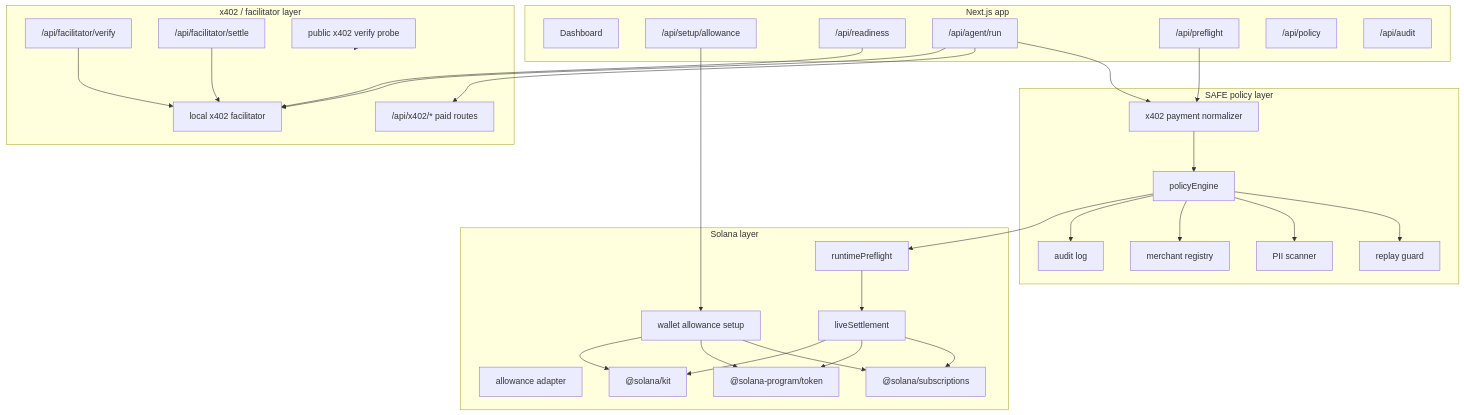
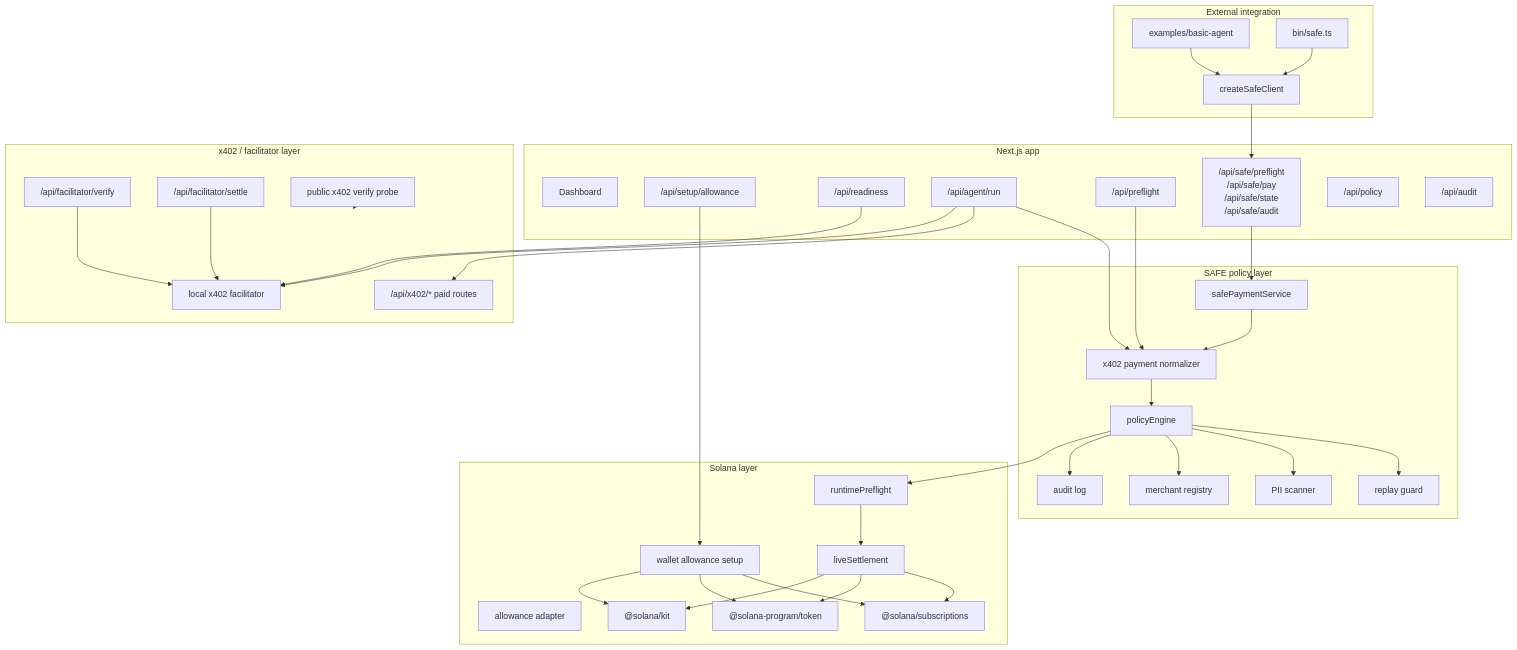
The second of 10 diagrams in architecture.md (Marcussy34/SAFE), drawn with Mermaid before and after one commit. The commit also changed other lines of this file and 20 other files, not shown here.

Commit message:
Add SAFE external agent API and CLI

````diff
--- a/architecture.md
+++ b/architecture.md
@@ -55,62 +56,75 @@
 ```mermaid
 flowchart TB
   subgraph UI[Next.js app]
     Dashboard[Dashboard]
     Setup["/api/setup/allowance"]
     Readiness["/api/readiness"]
     AgentRun["/api/agent/run"]
     Preflight["/api/preflight"]
+    SafeAPI["/api/safe/preflight<br/>/api/safe/pay<br/>/api/safe/state<br/>/api/safe/audit"]
     PolicyAPI["/api/policy"]
     AuditAPI["/api/audit"]
   end
 
+  subgraph External[External integration]
+    BasicAgent["examples/basic-agent"]
+    SDK["createSafeClient"]
+    CLI["bin/safe.ts"]
+  end
+
   subgraph Policy[SAFE policy layer]
+    SafeService[safePaymentService]
     Normalizer[x402 payment normalizer]
     Engine[policyEngine]
     Replay[replay guard]
     PII[PII scanner]
     Registry[merchant registry]
     Audit[audit log]
   end
 
   subgraph SolanaLayer[Solana layer]
     Runtime[runtimePreflight]
     LiveSettlement[liveSettlement]
     WalletSetup[wallet allowance setup]
     AllowanceAdapter[allowance adapter]
     Subscriptions["@solana/subscriptions"]
     Token["@solana-program/token"]
     Kit["@solana/kit"]
   end
 
   subgraph Payments[x402 / facilitator layer]
     X402Routes["/api/x402/* paid routes"]
     Verify["/api/facilitator/verify"]
     Settle["/api/facilitator/settle"]
     LocalX402[local x402 facilitator]
     PublicProbe[public x402 verify probe]
   end
 
   Setup --> WalletSetup
   Readiness --> LocalX402
   AgentRun --> Normalizer
+  BasicAgent --> SDK
+  CLI --> SDK
+  SDK --> SafeAPI
+  SafeAPI --> SafeService
+  SafeService --> Normalizer
   Preflight --> Normalizer
   Normalizer --> Engine
   Engine --> Replay
   Engine --> PII
   Engine --> Registry
   Engine --> Audit
   Engine --> Runtime
   Runtime --> LiveSettlement
   WalletSetup --> Subscriptions
   WalletSetup --> Token
   WalletSetup --> Kit
   LiveSettlement --> Subscriptions
   LiveSettlement --> Token
   LiveSettlement --> Kit
   AgentRun --> X402Routes
   AgentRun --> LocalX402
   Verify --> LocalX402
   Settle --> LocalX402
   PublicProbe --> Payments
 ```
````
